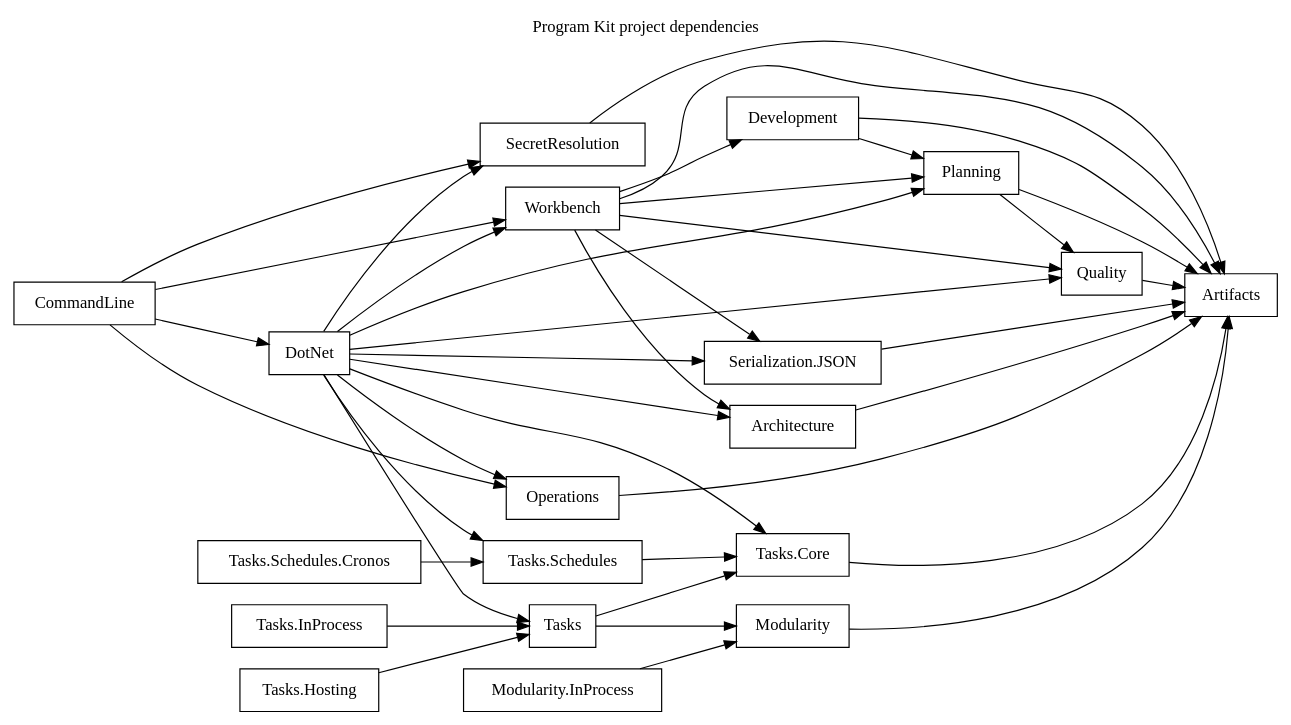
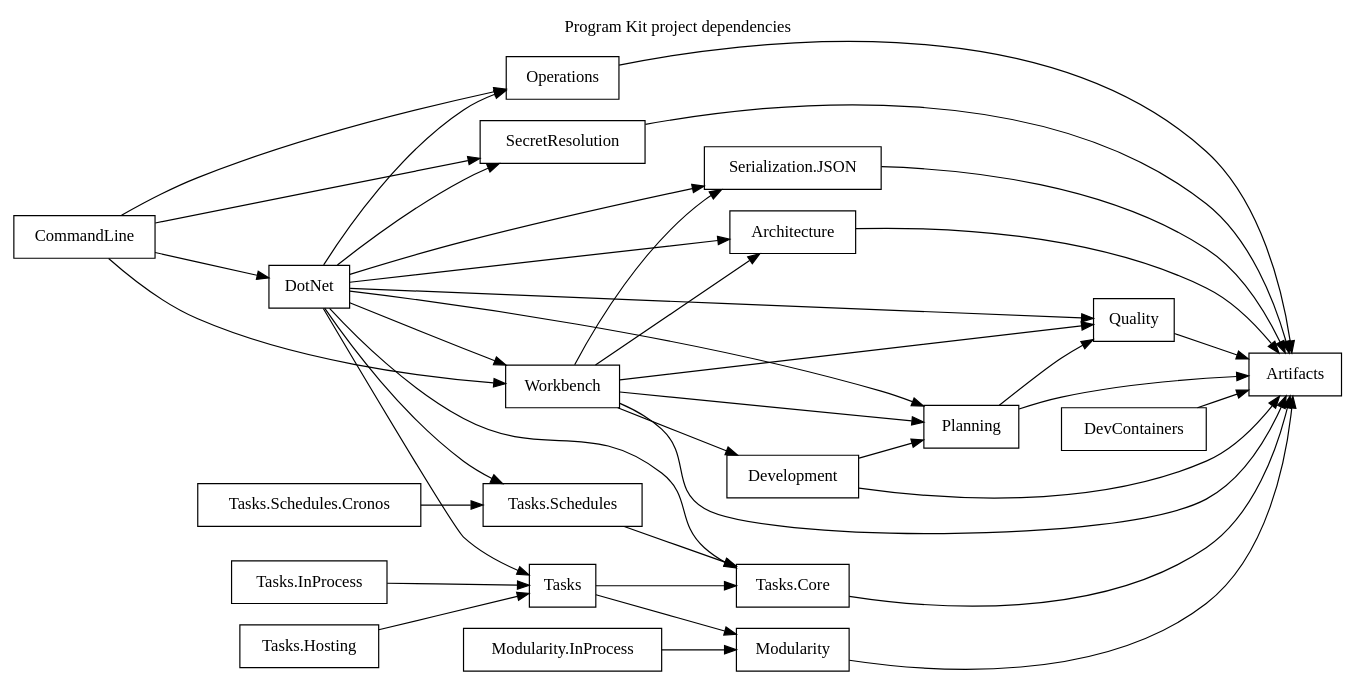
Before and after one commit to orbyss-io/program-kit: the diagram in artifacts/self-hosted/dependency-graph.dot, drawn with Graphviz. The commit also changed 41 other files, not shown here.

```diff
--- a/artifacts/self-hosted/dependency-graph.dot
+++ b/artifacts/self-hosted/dependency-graph.dot
@@ -1,43 +1,44 @@
 digraph ProgramKitDependencies {
   graph [label="Program Kit project dependencies", labelloc="t", rankdir="LR"];
   node [shape="box"];
 
   "Architecture" -> "Artifacts";
   "CommandLine" -> "DotNet";
   "CommandLine" -> "Operations";
   "CommandLine" -> "SecretResolution";
   "CommandLine" -> "Workbench";
   "Development" -> "Artifacts";
   "Development" -> "Planning";
+  "DevContainers" -> "Artifacts";
   "DotNet" -> "Architecture";
   "DotNet" -> "Operations";
   "DotNet" -> "Planning";
   "DotNet" -> "Quality";
   "DotNet" -> "SecretResolution";
   "DotNet" -> "Serialization.JSON";
   "DotNet" -> "Tasks";
   "DotNet" -> "Tasks.Core";
   "DotNet" -> "Tasks.Schedules";
   "DotNet" -> "Workbench";
   "Modularity" -> "Artifacts";
   "Modularity.InProcess" -> "Modularity";
   "Operations" -> "Artifacts";
   "Planning" -> "Artifacts";
   "Planning" -> "Quality";
   "Quality" -> "Artifacts";
   "SecretResolution" -> "Artifacts";
   "Serialization.JSON" -> "Artifacts";
   "Tasks" -> "Modularity";
   "Tasks" -> "Tasks.Core";
   "Tasks.Core" -> "Artifacts";
   "Tasks.Hosting" -> "Tasks";
   "Tasks.InProcess" -> "Tasks";
   "Tasks.Schedules" -> "Tasks.Core";
   "Tasks.Schedules.Cronos" -> "Tasks.Schedules";
   "Workbench" -> "Architecture";
   "Workbench" -> "Artifacts";
   "Workbench" -> "Development";
   "Workbench" -> "Planning";
   "Workbench" -> "Quality";
   "Workbench" -> "Serialization.JSON";
 }
```
